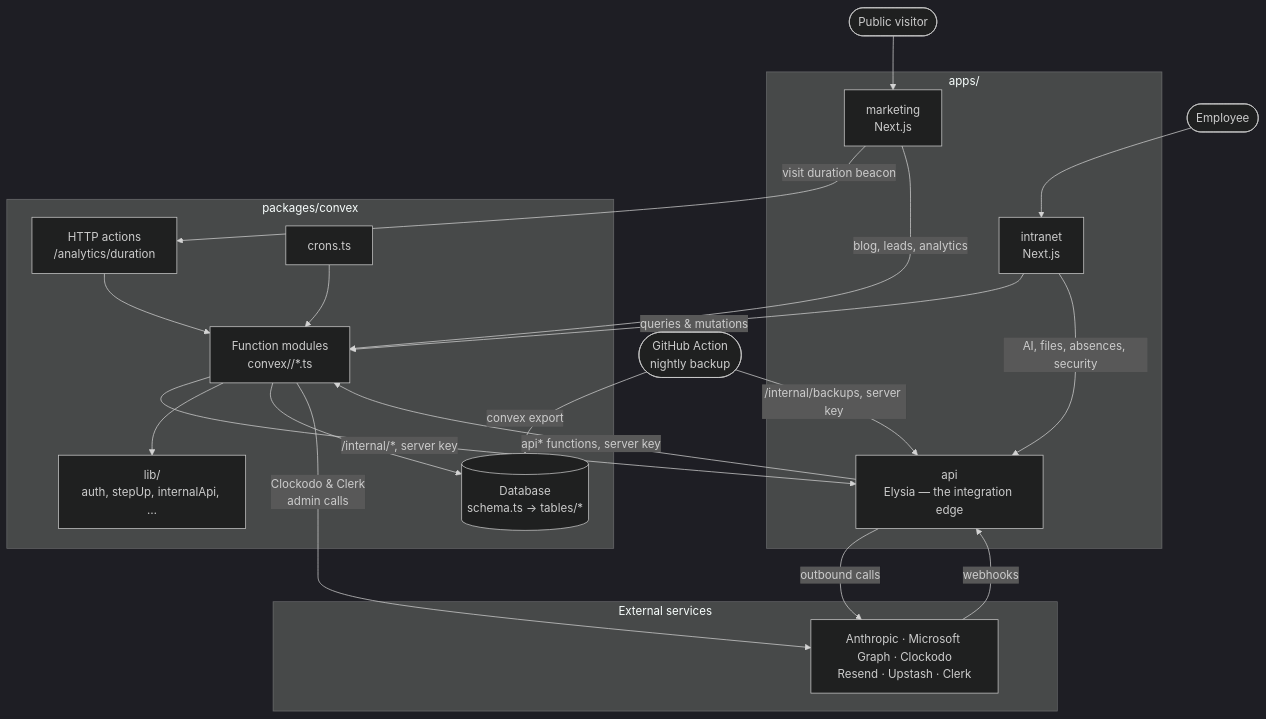
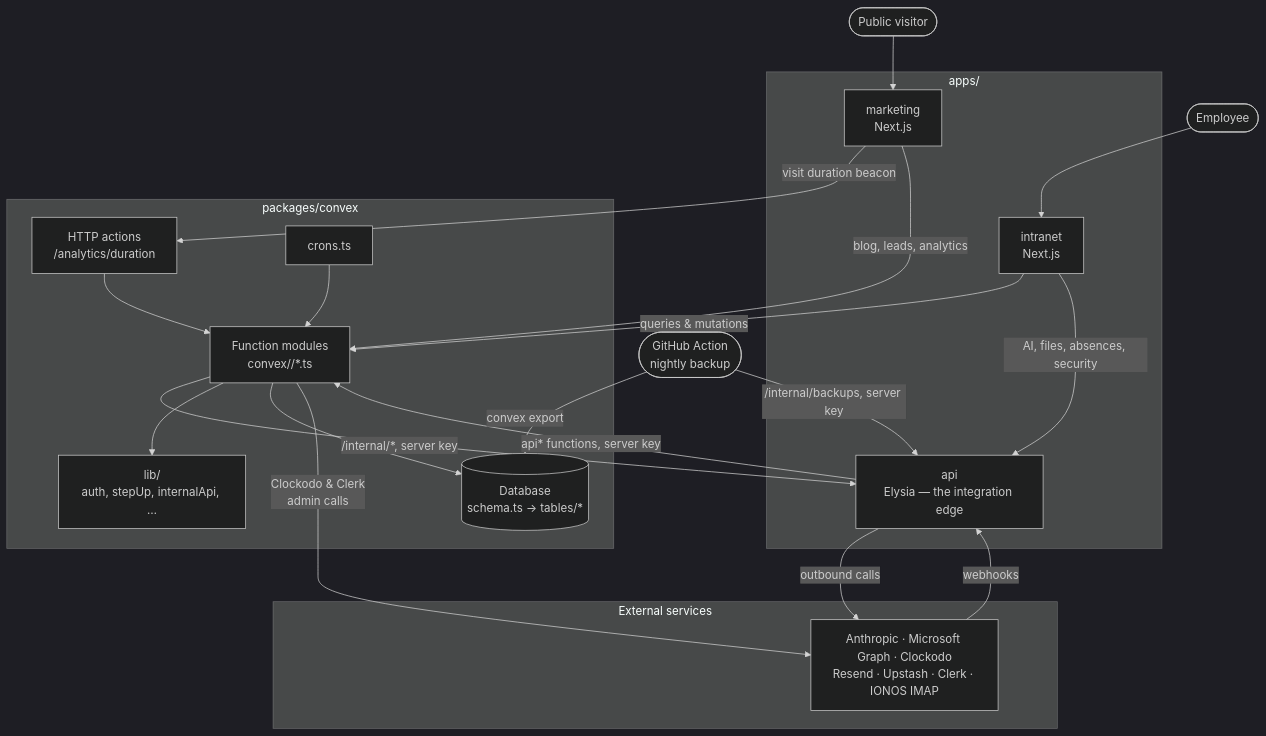
Before and after one commit to advantisgroup/advantis-group: the diagram in docs/architecture/overview.md, drawn with Mermaid (dark theme). The commit also changed other lines of this file and 1 other file, not shown here.

First line of the commit message:
Docs: IONOS mailbox panel

````diff
--- a/docs/architecture/overview.md
+++ b/docs/architecture/overview.md
@@ -7,45 +7,45 @@
 ```mermaid
 flowchart TD
   employee(["Employee"])
   visitor(["Public visitor"])
   backup(["GitHub Action<br/>nightly backup"])
 
   subgraph apps["apps/"]
     intranet["intranet<br/>Next.js"]
     marketing["marketing<br/>Next.js"]
     api["api<br/>Elysia — the integration edge"]
   end
 
   subgraph convex["packages/convex"]
     functions["Function modules<br/>convex/<feature>/*.ts"]
     http["HTTP actions<br/>/analytics/duration"]
     crons["crons.ts"]
     lib["lib/<br/>auth, stepUp, internalApi, …"]
     db[("Database<br/>schema.ts → tables/*")]
   end
 
   subgraph external["External services"]
-    services["Anthropic · Microsoft Graph · Clockodo<br/>Resend · Upstash · Clerk"]
+    services["Anthropic · Microsoft Graph · Clockodo<br/>Resend · Upstash · Clerk · IONOS IMAP"]
   end
 
   employee --> intranet
   visitor --> marketing
   marketing -- "visit duration beacon" --> http
 
   intranet -- "queries & mutations" --> functions
   intranet -- "AI, files, absences, security" --> api
   marketing -- "blog, leads, analytics" --> functions
 
   api -- "api* functions, server key" --> functions
   functions -- "/internal/*, server key" --> api
   http --> functions
   crons --> functions
   functions --> lib
   functions --> db
 
   api -- "outbound calls" --> services
   services -- "webhooks" --> api
   functions -- "Clockodo & Clerk<br/>admin calls" --> services
   backup -- "convex export" --> db
   backup -- "/internal/backups, server key" --> api
 ```
````
